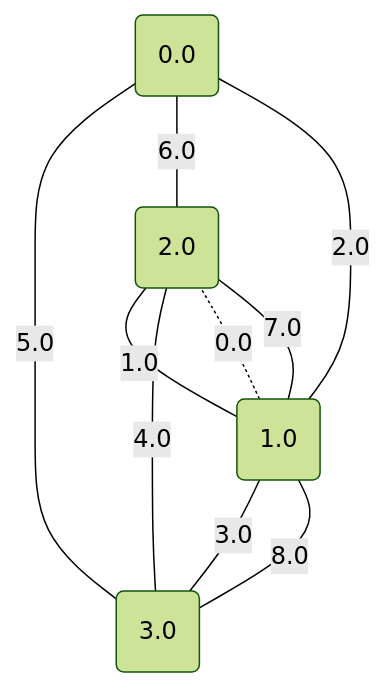
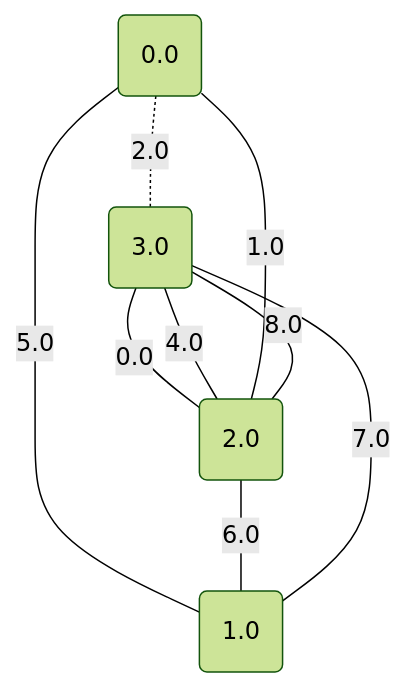
Diagram 14 of 17 in project/src/testing/minCutPetersen.md (metury/graphs), drawn with Mermaid (forest theme) before and after one commit. The commit also changed other lines of this file and 52 other files, not shown here.

````diff
--- a/project/src/testing/minCutPetersen.md
+++ b/project/src/testing/minCutPetersen.md
@@ -356,16 +356,15 @@
 ```mermaid
 graph TD;
 0("0.0");
 1("1.0");
 2("2.0");
 3("3.0");
-	1 -. "0.0" -.- 2;
-	2 -- "1.0" --- 1;
-	1 -- "2.0" --- 0;
-	1 -- "3.0" --- 3;
-	2 -- "4.0" --- 3;
-	0 -- "5.0" --- 3;
-	0 -- "6.0" --- 2;
-	1 -- "7.0" --- 2;
-	1 -- "8.0" --- 3;
+	3 -- "0.0" --- 2;
+	2 -- "1.0" --- 0;
+	0 -. "2.0" -.- 3;
+	3 -- "4.0" --- 2;
+	0 -- "5.0" --- 1;
+	2 -- "6.0" --- 1;
+	3 -- "7.0" --- 1;
+	2 -- "8.0" --- 3;
 ```
````
